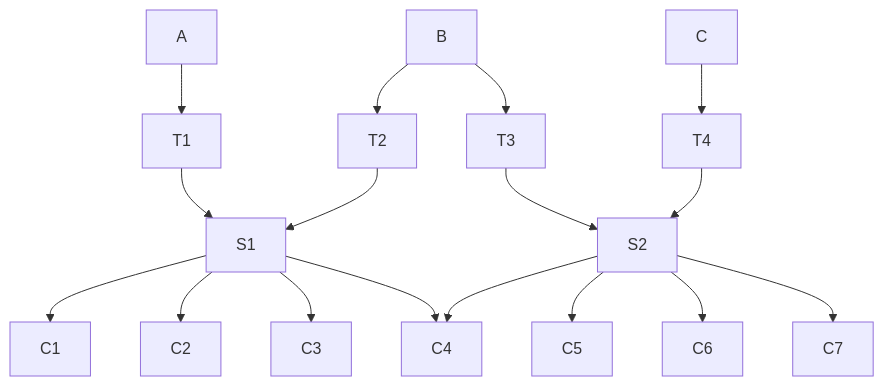
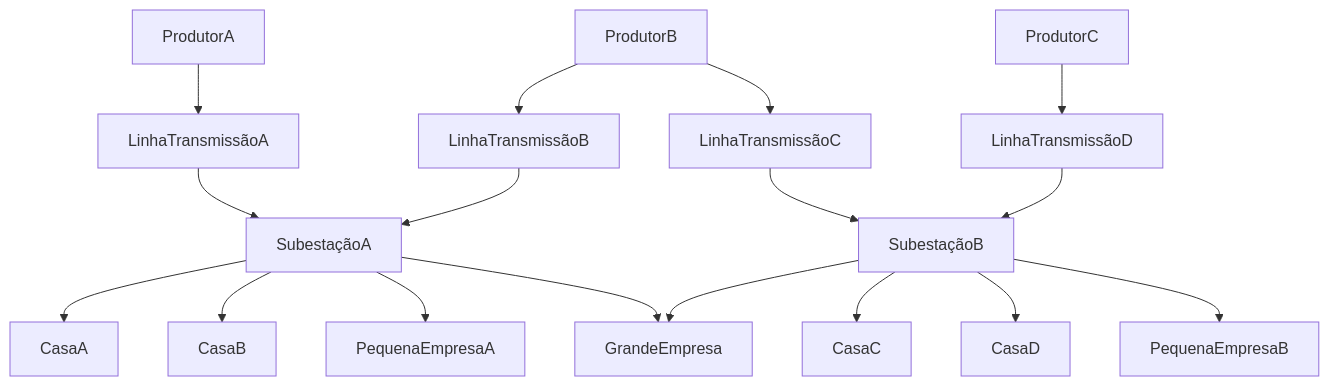
Before and after one commit to masterkey-07/blockchain-project: the diagram in README.md, drawn with Mermaid.

````diff
--- a/README.md
+++ b/README.md
@@ -15,21 +15,21 @@
 ```mermaid
 graph TD;
-    A --> T1;
-    B --> T2;
-    B --> T3;
-    C --> T4;
+    ProdutorA --> LinhaTransmissãoA;
+    ProdutorB --> LinhaTransmissãoB;
+    ProdutorB --> LinhaTransmissãoC;
+    ProdutorC --> LinhaTransmissãoD;
 
-    T1 --> S1;
-    T2 --> S1;
-    T3 --> S2;
-    T4 --> S2;
+    LinhaTransmissãoA --> SubestaçãoA;
+    LinhaTransmissãoB --> SubestaçãoA;
+    LinhaTransmissãoC --> SubestaçãoB;
+    LinhaTransmissãoD --> SubestaçãoB;
 
-    S1 --> C1;
-    S1 --> C2;
-    S1 --> C3;
-    S1 --> C4;
-    S2 --> C4;
-    S2 --> C5;
-    S2 --> C6;
-    S2 --> C7;
+    SubestaçãoA --> CasaA;
+    SubestaçãoA --> CasaB;
+    SubestaçãoA --> PequenaEmpresaA;
+    SubestaçãoA --> GrandeEmpresa;
+    SubestaçãoB --> GrandeEmpresa;
+    SubestaçãoB --> CasaC;
+    SubestaçãoB --> CasaD;
+    SubestaçãoB --> PequenaEmpresaB;
 ```
````
